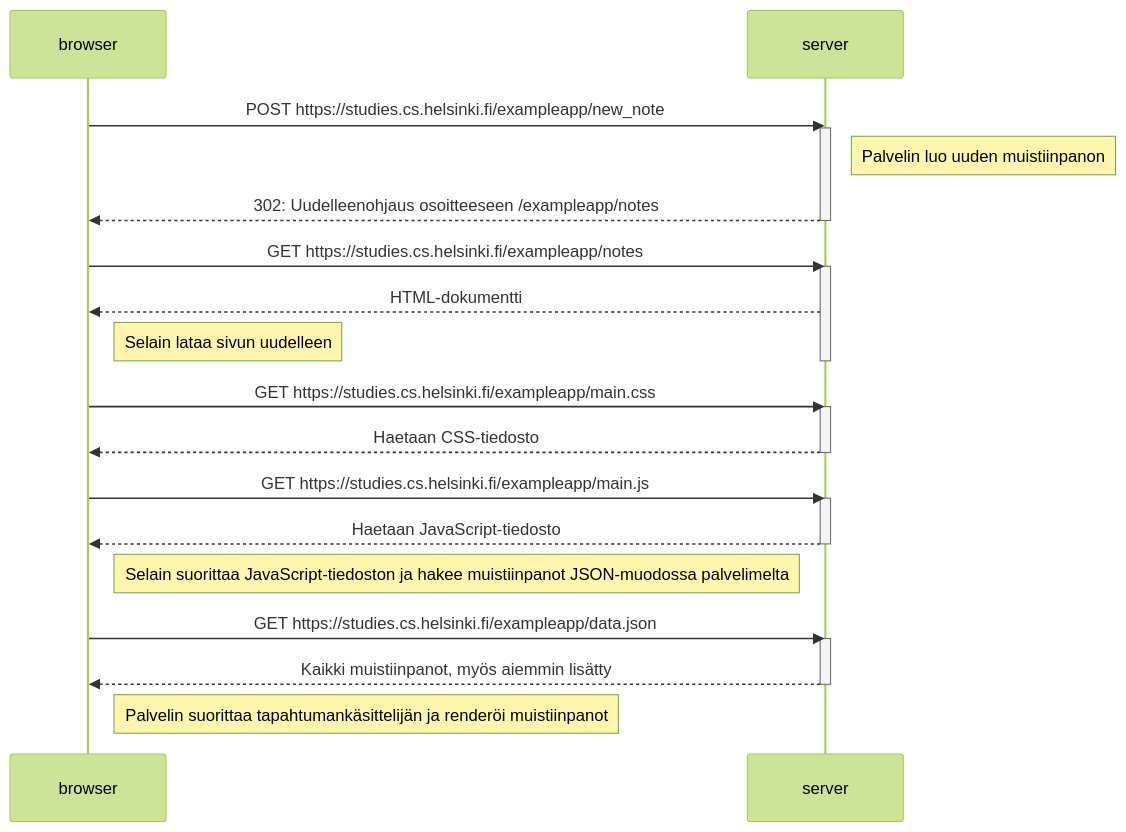
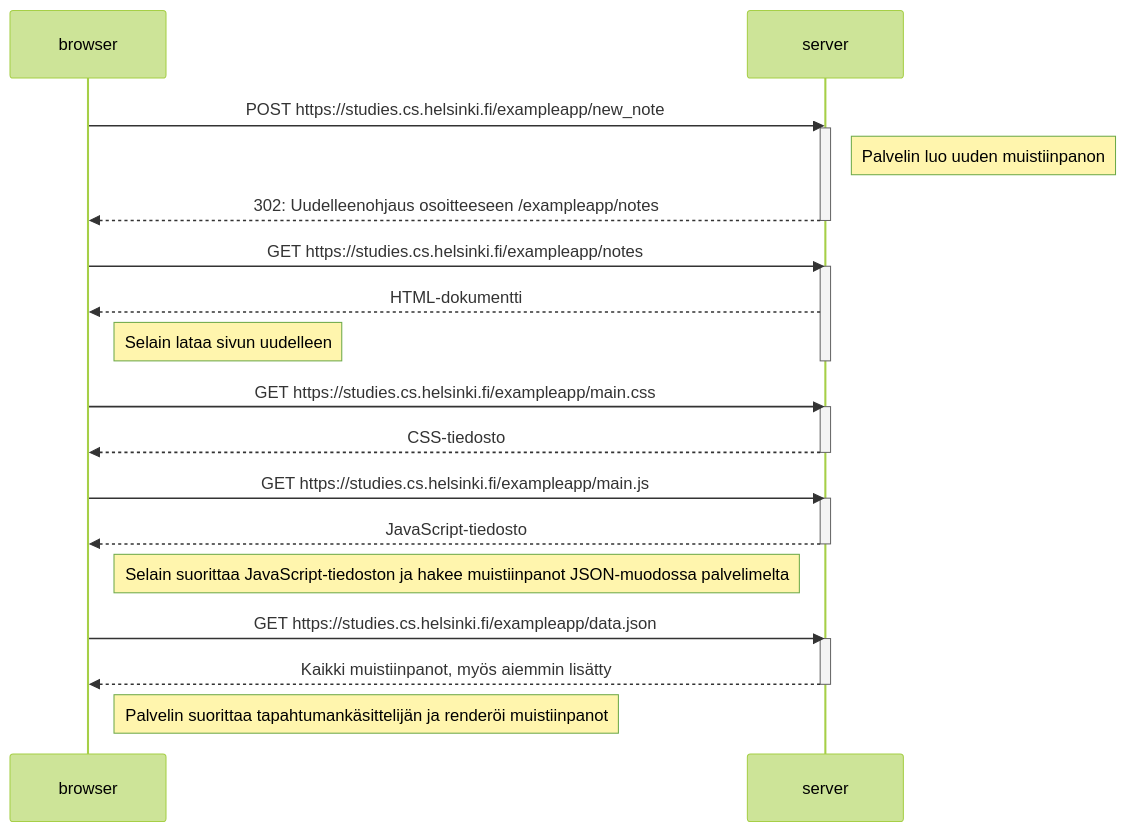
Before and after one commit to hjeronen/FullStackOpen: the diagram in osa0/tehtava04.md, drawn with Mermaid (forest theme).

Commit message:
Tehtävä 0.4

````diff
--- a/osa0/tehtava04.md
+++ b/osa0/tehtava04.md
@@ -5,36 +5,36 @@
 ```mermaid
 sequenceDiagram
     participant browser
     participant server
     
     browser->>server: POST https://studies.cs.helsinki.fi/exampleapp/new_note
     activate server
     Note right of server: Palvelin luo uuden muistiinpanon
     server-->>browser: 302: Uudelleenohjaus osoitteeseen /exampleapp/notes
     deactivate server
 
     browser->>server: GET https://studies.cs.helsinki.fi/exampleapp/notes
     activate server
     server-->>browser: HTML-dokumentti
     Note right of browser: Selain lataa sivun uudelleen
     deactivate server
     
     browser->>server: GET https://studies.cs.helsinki.fi/exampleapp/main.css
     activate server
-    server-->>browser: Haetaan CSS-tiedosto
+    server-->>browser: CSS-tiedosto
     deactivate server
     
     browser->>server: GET https://studies.cs.helsinki.fi/exampleapp/main.js
     activate server
-    server-->>browser: Haetaan JavaScript-tiedosto
+    server-->>browser: JavaScript-tiedosto
     deactivate server
     
     Note right of browser: Selain suorittaa JavaScript-tiedoston ja hakee muistiinpanot JSON-muodossa palvelimelta
     
     browser->>server: GET https://studies.cs.helsinki.fi/exampleapp/data.json
     activate server
     server-->>browser: Kaikki muistiinpanot, myös aiemmin lisätty
     deactivate server    
 
     Note right of browser: Palvelin suorittaa tapahtumankäsittelijän ja renderöi muistiinpanot
 ```
````
